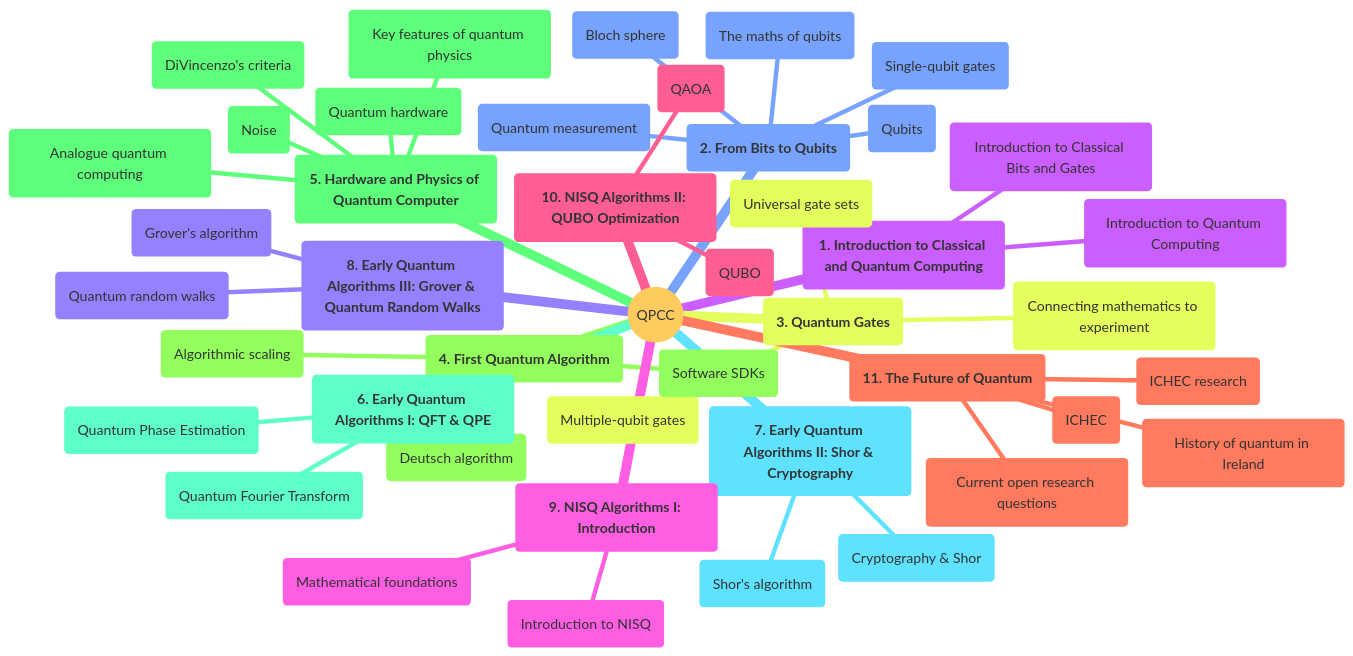
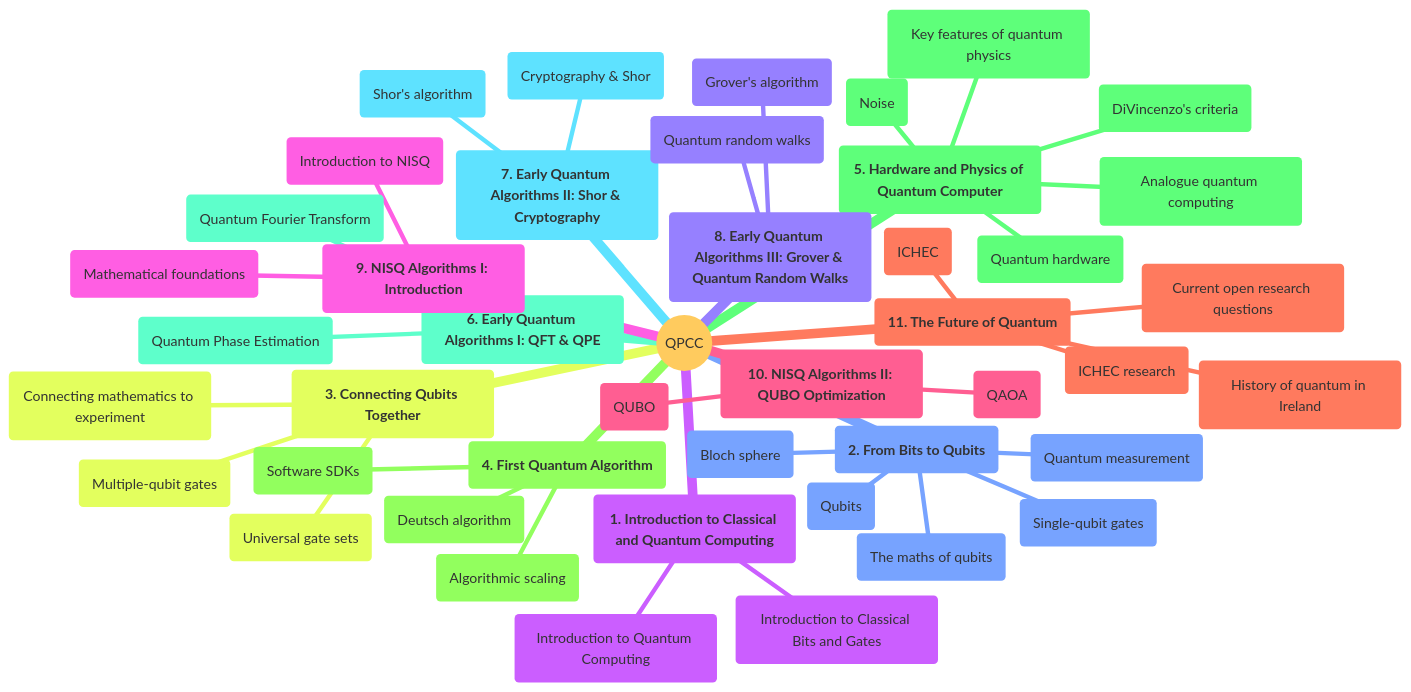
The diagram in index.md (ICHEC/qpcc), drawn with Mermaid before and after one commit. The commit also changed other lines of this file, not shown here.

Commit message:
fix list of lectures

````diff
--- a/index.md
+++ b/index.md
@@ -16,48 +16,48 @@
 ```{mermaid}
 %%{init: {'theme':'base', 'fontSize': '11', 'securityLevel': "loose"}}%%
 mindmap
   root((QPCC))
     lec1(**1. Introduction to Classical and Quantum Computing**)
         (Introduction to Quantum Computing)
         (Introduction to Classical Bits and Gates)
     lec2(**2. From Bits to Qubits**)
         (Qubits)
         (The maths of qubits)
         (Bloch sphere)
         (Single-qubit gates)
         (Quantum measurement)
-    lec3(**3. Quantum Gates**)
+    lec3(**3. Connecting Qubits Together**)
         (Multiple-qubit gates)
         (Connecting mathematics to experiment)
         (Universal gate sets)
     lec4(**4. First Quantum Algorithm**)
         (Software SDKs)
         (Deutsch algorithm)
         (Algorithmic scaling)
     lec5(**5. Hardware and Physics of Quantum Computer**)
         (DiVincenzo's criteria)
         (Key features of quantum physics)
         (Quantum hardware)
         (Noise)
         (Analogue quantum computing)
     lec6(**6. Early Quantum Algorithms I: QFT & QPE**)
         (Quantum Fourier Transform)
         (Quantum Phase Estimation)
     lec7(**7. Early Quantum Algorithms II: Shor & Cryptography**)
         (Shor's algorithm)
         (Cryptography & Shor)
     lec8(**8. Early Quantum Algorithms III: Grover & Quantum Random Walks**)
         (Grover's algorithm)
         (Quantum random walks)
     lec9(**9. NISQ Algorithms I: Introduction**)
         (Introduction to NISQ)
         (Mathematical foundations)
     lec10(**10. NISQ Algorithms II: QUBO Optimization**)
         (QUBO)
         (QAOA)
     lec11(**11. The Future of Quantum**)
         (History of quantum in Ireland)
         (ICHEC)
         (ICHEC research)
         (Current open research questions)
 ```
````
